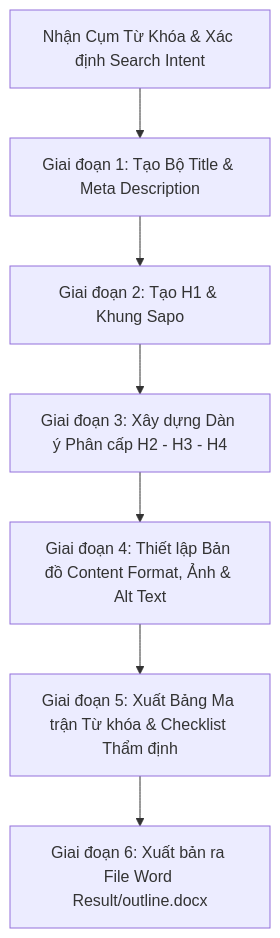
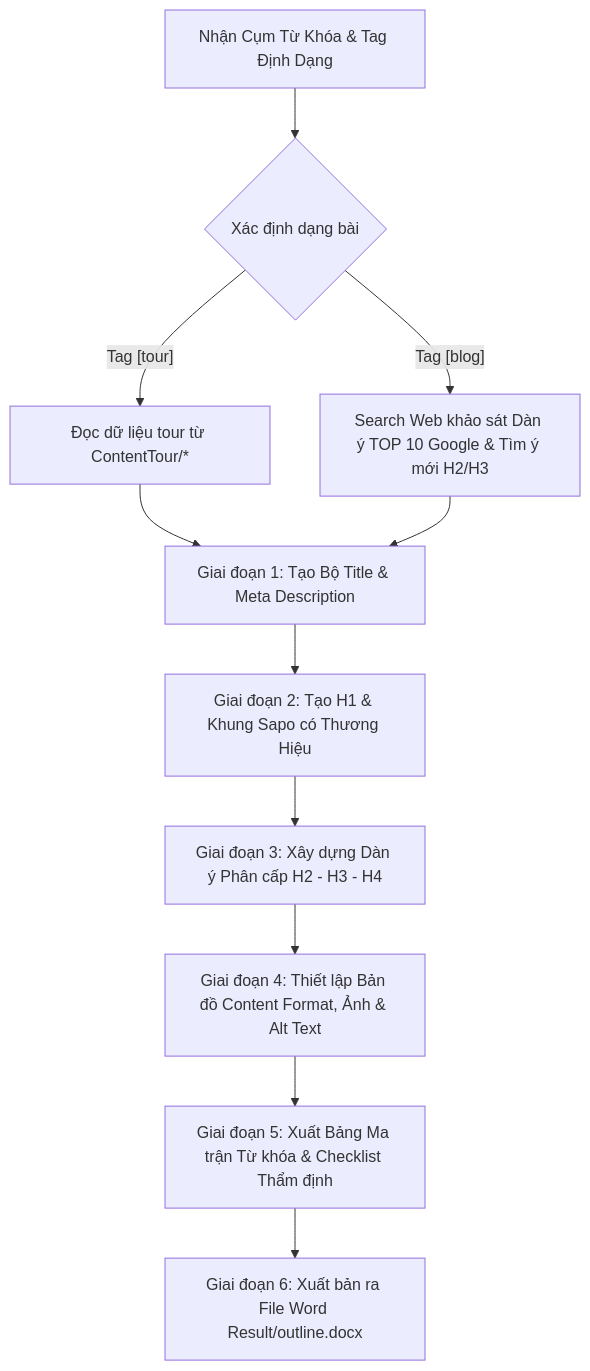
One commit to longnd2000/create-content changed the diagram in .agents/workflows/seo-outline-workflow.md. Above: the diagram before and after it, drawn with Mermaid. The commit also changed other lines of this file and 12 other files, not shown here.

````diff
--- a/.agents/workflows/seo-outline-workflow.md
+++ b/.agents/workflows/seo-outline-workflow.md
@@ -9,9 +9,13 @@
 ```mermaid
 flowchart TD
-    A[Nhận Cụm Từ Khóa & Xác định Search Intent] --> B[Giai đoạn 1: Tạo Bộ Title & Meta Description]
-    B --> C[Giai đoạn 2: Tạo H1 & Khung Sapo]
-    C --> D[Giai đoạn 3: Xây dựng Dàn ý Phân cấp H2 - H3 - H4]
-    D --> E[Giai đoạn 4: Thiết lập Bản đồ Content Format, Ảnh & Alt Text]
-    E --> F[Giai đoạn 5: Xuất Bảng Ma trận Từ khóa & Checklist Thẩm định]
-    F --> G[Giai đoạn 6: Xuất bản ra File Word Result/outline.docx]
+    A[Nhận Cụm Từ Khóa & Tag Định Dạng] --> B{Xác định dạng bài}
+    B -- Tag [tour] --> C1[Đọc dữ liệu tour từ ContentTour/*]
+    B -- Tag [blog] --> C2[Search Web khảo sát Dàn ý TOP 10 Google & Tìm ý mới H2/H3]
+    C1 --> D[Giai đoạn 1: Tạo Bộ Title & Meta Description]
+    C2 --> D
+    D --> E[Giai đoạn 2: Tạo H1 & Khung Sapo có Thương Hiệu]
+    E --> F[Giai đoạn 3: Xây dựng Dàn ý Phân cấp H2 - H3 - H4]
+    F --> G[Giai đoạn 4: Thiết lập Bản đồ Content Format, Ảnh & Alt Text]
+    G --> H[Giai đoạn 5: Xuất Bảng Ma trận Từ khóa & Checklist Thẩm định]
+    H --> I[Giai đoạn 6: Xuất bản ra File Word Result/outline.docx]
 ```
````
